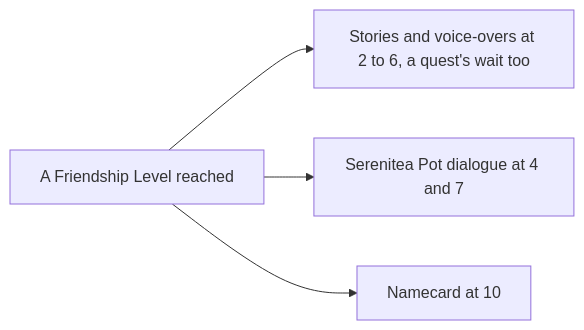
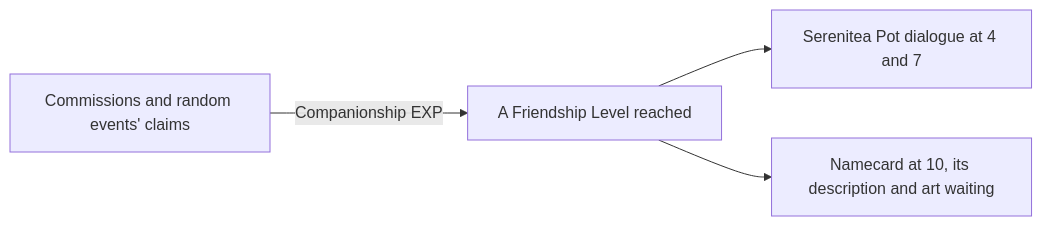
One commit to Esposter/Esposter changed the diagram in apps/web/content/docs/proposals/genshin/companionship.md. Above: the diagram before and after it, drawn with Mermaid. The commit also changed other lines of this file and 7 other files, not shown here.

First line of the commit message:
docs(genshin): the proposals for achievements, adventure rank, archive, chests, commissions, companionship, cooking and crafting hold only what is unbuilt

````diff
--- a/apps/web/content/docs/proposals/genshin/companionship.md
+++ b/apps/web/content/docs/proposals/genshin/companionship.md
@@ -32,6 +27,6 @@
 ```mermaid
 flowchart LR
-  LV["A Friendship Level reached"] --> ST["Stories and voice-overs at 2 to 6, a quest's wait too"]
-  LV --> POT["Serenitea Pot dialogue at 4 and 7"]
-  LV --> NC["Namecard at 10"]
+  LV["A Friendship Level reached"] --> POT["Serenitea Pot dialogue at 4 and 7"]
+  LV --> NC["Namecard at 10, its description and art waiting"]
+  SRC["Commissions and random events' claims"] -->|"Companionship EXP"| LV
 ```
````
